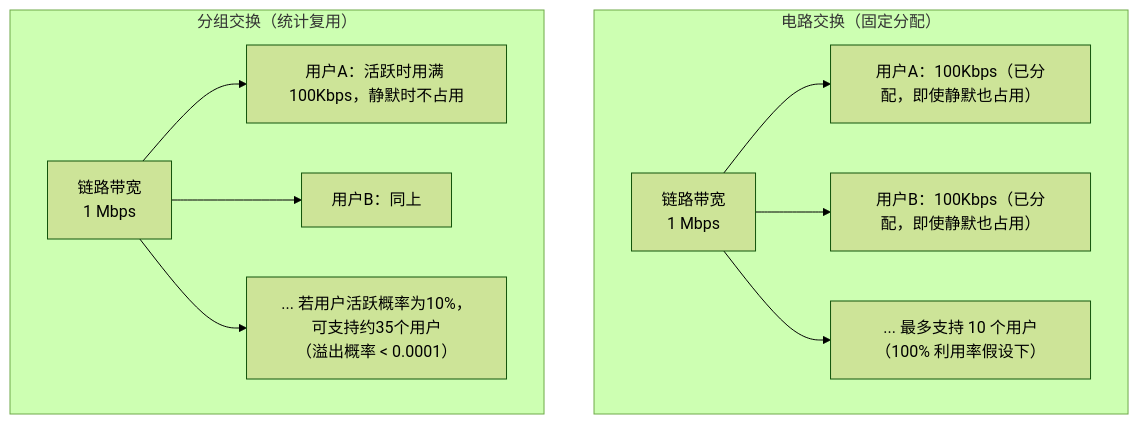
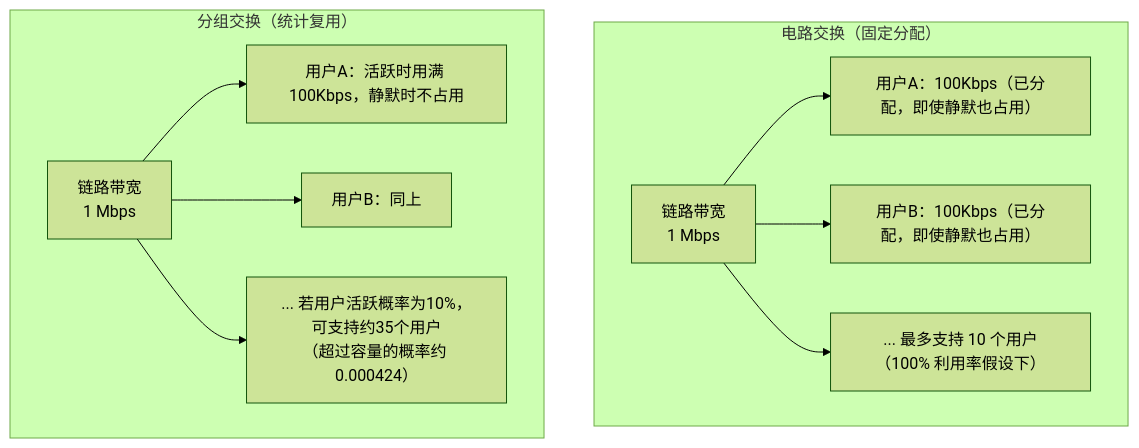
The fourth of 6 diagrams in src/content/interview/计算机网络/电路交换和分组交换.md (flycodeu/FlyCodeCenter), drawn with Mermaid (forest theme) before and after one commit. The commit also changed other lines of this file and 181 other files, not shown here.

````diff
--- a/src/content/interview/计算机网络/电路交换和分组交换.md
+++ b/src/content/interview/计算机网络/电路交换和分组交换.md
@@ -199,16 +160,16 @@
 ```mermaid
 graph TB
     subgraph "电路交换（固定分配）"
         L1["链路带宽\n1 Mbps"]
         L1 --> U1["用户A：100Kbps（已分配，即使静默也占用）"]
         L1 --> U2["用户B：100Kbps（已分配，即使静默也占用）"]
         L1 --> U3["... 最多支持 10 个用户（100% 利用率假设下）"]
     end
 
     subgraph "分组交换（统计复用）"
         L2["链路带宽\n1 Mbps"]
         L2 --> V1["用户A：活跃时用满 100Kbps，静默时不占用"]
         L2 --> V2["用户B：同上"]
-        L2 --> V3["... 若用户活跃概率为10%，可支持约35个用户\n（溢出概率 < 0.0001）"]
+        L2 --> V3["... 若用户活跃概率为10%，可支持约35个用户\n（超过容量的概率约 0.000424）"]
     end
 ```
````
